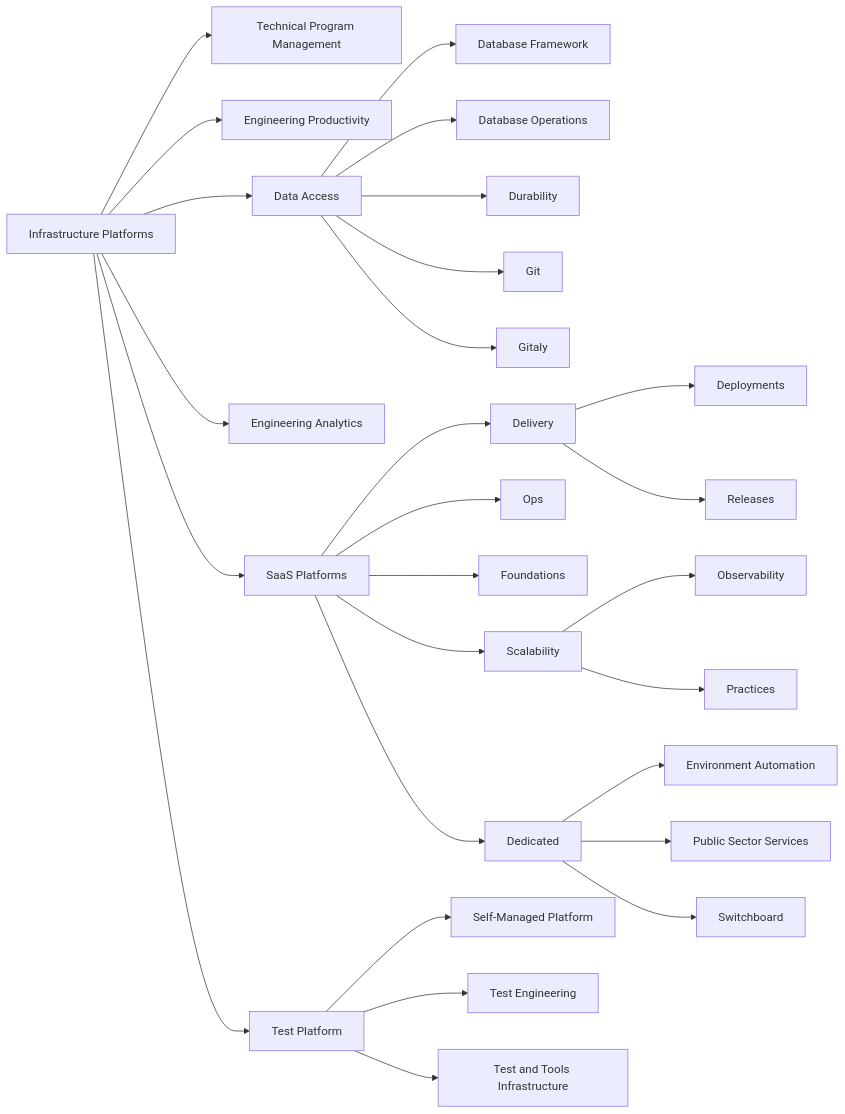
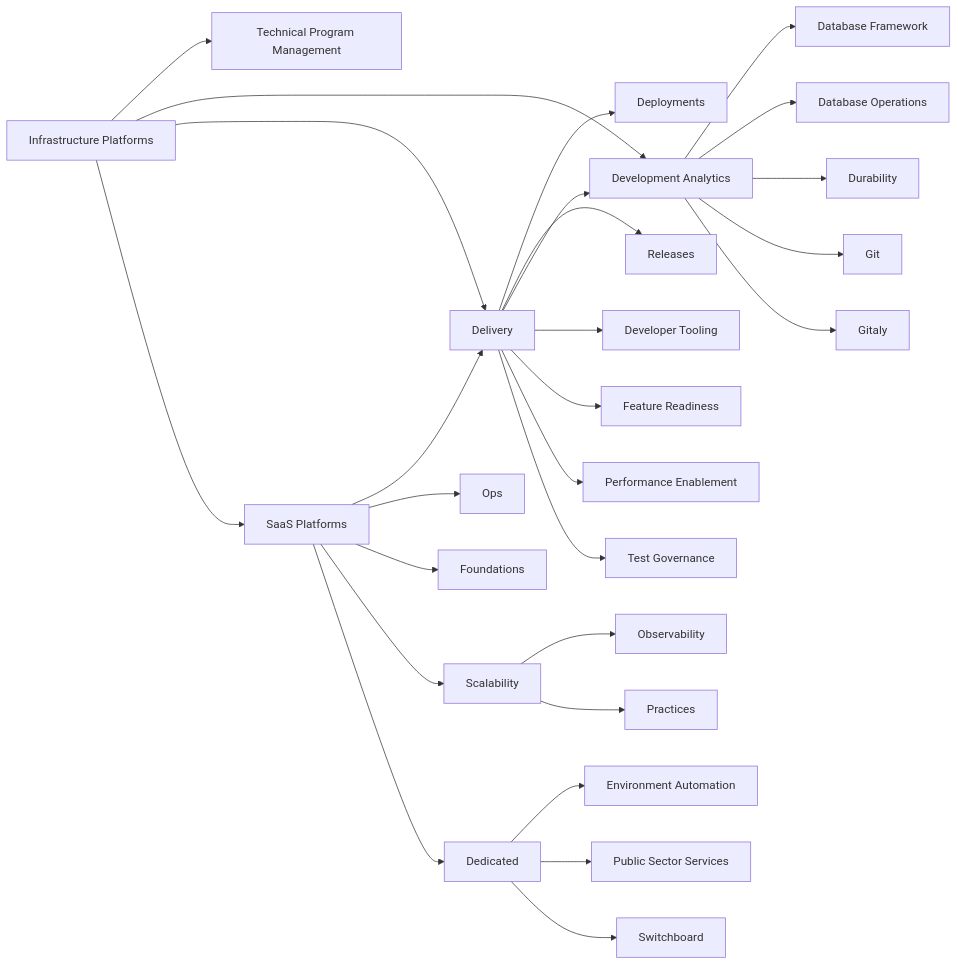
Before and after one commit to zalyoung/gitlab-handbook: the diagram in content/handbook/engineering/infrastructure-platforms/_index.md, drawn with Mermaid. The commit also changed 2 other files, not shown here.

Commit message:
Create a landing page for DevEx

````diff
--- a/content/handbook/engineering/infrastructure-platforms/_index.md
+++ b/content/handbook/engineering/infrastructure-platforms/_index.md
@@ -45,59 +45,59 @@
 ```mermaid
 flowchart LR
     I[Infrastructure Platforms]
     click I "/handbook/engineering/infrastructure-platforms/"
 
     I --> TPM[Technical Program Management]
     click TPM "/handbook/engineering/infrastructure/technical-program-management/"
 
-    I --> EP[Engineering Productivity]
-    click EP "/handbook/engineering/infrastructure/engineering-productivity/"
     I --> DA[Data Access]
     click DA "/handbook/engineering/infrastructure/data-access/"
-    I --> EA[Engineering Analytics]
-    click EA "/handbook/engineering/quality/engineering-analytics/"
-    I --> TP[Test Platform]
-    click TP "/handbook/engineering/infrastructure/test-platform/"
+    I --> DE[Developer Experience]
+    click DE "handbook/engineering/infrastructure-platforms/developer-experience"
     I --> SP[SaaS Platforms]
     click SP "/handbook/engineering/infrastructure/platforms/"
 
     DA --> DF[Database Framework]
     click DF "/handbook/engineering/infrastructure-platforms/data-access/database-framework/"
     DA --> DO[Database Operations]
     click DO "/handbook/engineering/infrastructure-platforms/data-access/database-operations/"
     DA --> Durability
     click Durability "/handbook/engineering/infrastructure-platforms/data-access/durability/"
     DA --> Git
     click Git "/handbook/engineering/infrastructure-platforms/data-access/git/"
     DA --> Gitaly
     click Gitaly "/handbook/engineering/infrastructure-platforms/data-access/gitaly/"
 
     SP --> DE[Delivery]
     click DE "/handbook/engineering/infrastructure/team/delivery/"
     DE --> Deployments
     DE --> Releases
     SP --> Ops
     click Ops "/handbook/engineering/infrastructure/team/ops/"
     SP --> Foundations
     click Foundations "/handbook/engineering/infrastructure/team/foundations/"
     SP --> Scalability
     click Scalability "/handbook/engineering/infrastructure/team/scalability/"
     Scalability --> Observability
     Scalability --> Practices
 
     SP --> D[Dedicated]
     click D "/handbook/engineering/infrastructure/team/gitlab-dedicated/"
     D --> E[Environment Automation]
     click E "/handbook/engineering/infrastructure/team/gitlab-dedicated/"
     D --> PSS[Public Sector Services]
     click PSS "/handbook/engineering/infrastructure/team/gitlab-dedicated/us-public-sector-services/"
     D --> Switchboard
     click Switchboard "/handbook/engineering/infrastructure/team/gitlab-dedicated/switchboard/"
 
-    TP --> SMP[Self-Managed Platform]
-    click SMP "/handbook/engineering/infrastructure/test-platform/self-managed-platform-team/"
-    TP --> TE[Test Engineering]
-    click TE "/handbook/engineering/infrastructure/test-platform/test-engineering-team/"
-    TP --> TTI[Test and Tools Infrastructure]
-    click TTI "/handbook/engineering/infrastructure/test-platform/test-and-tools-infrastructure-team/"
+    DE --> DA[Development Analytics]
+    click DA "handbook/engineering/infrastructure-platforms/developer-experience"
+    DE --> DT[Developer Tooling]
+    click DT "handbook/engineering/infrastructure-platforms/developer-experience"
+    DE --> FR[Feature Readiness]
+    click FR "handbook/engineering/infrastructure-platforms/developer-experience"
+    DE --> PE[Performance Enablement]
+    click PE "handbook/engineering/infrastructure-platforms/developer-experience"
+    DE --> TG[Test Governance]
+    click TG "handbook/engineering/infrastructure-platforms/developer-experience"
 ```
````
